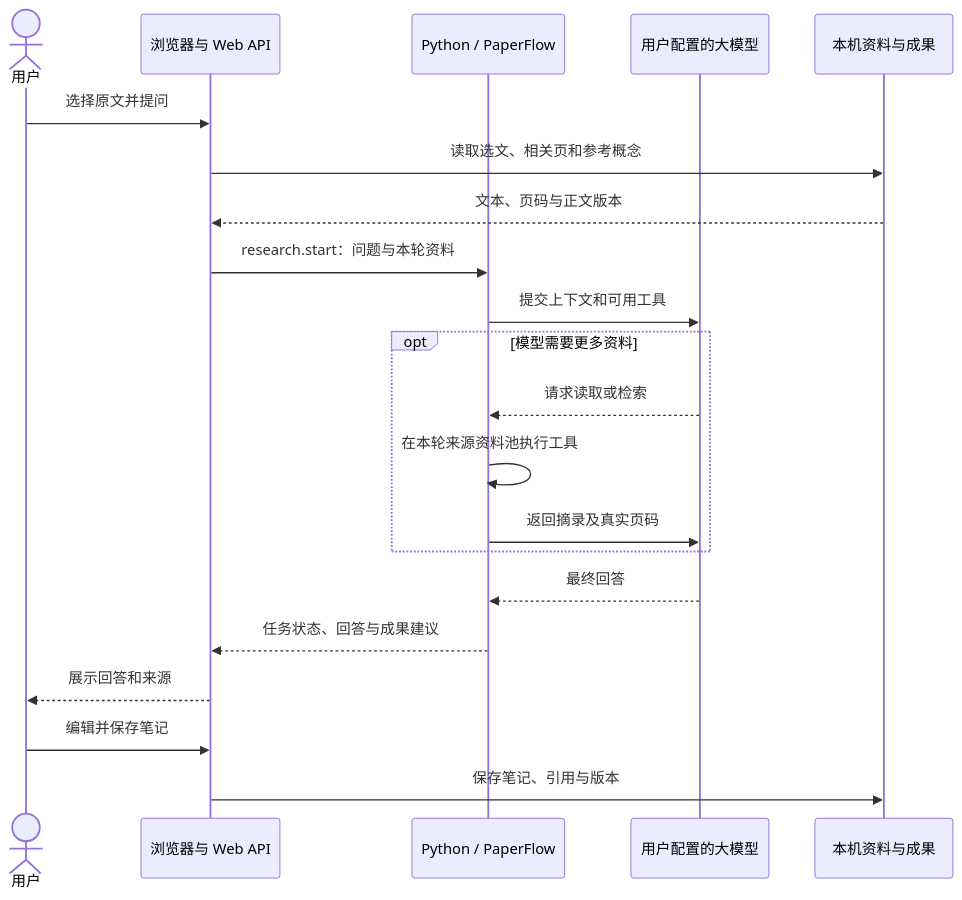
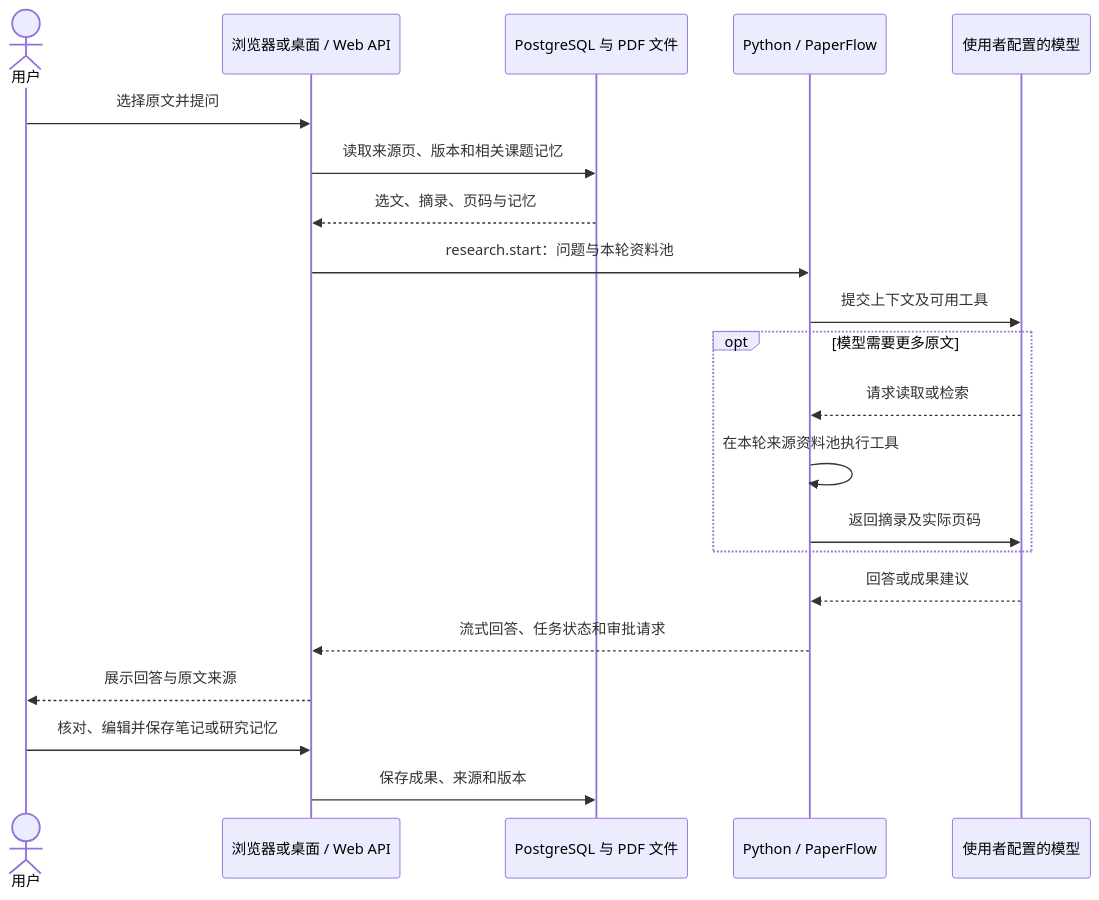
One commit to Muhaymenul/openhai changed the second of 2 diagrams in docs/software/architecture.md. Above: the diagram before and after it, drawn with Mermaid. The commit also changed other lines of this file and 223 other files, not shown here.

````diff
--- a/docs/software/architecture.md
+++ b/docs/software/architecture.md
@@ -127,24 +131,23 @@
 ```mermaid
 sequenceDiagram
     actor U as 用户
-    participant W as 浏览器与 Web API
+    participant W as 浏览器或桌面 / Web API
+    participant D as PostgreSQL 与 PDF 文件
     participant A as Python / PaperFlow
-    participant M as 用户配置的大模型
-    participant D as 本机资料与成果
-
+    participant M as 使用者配置的模型
     U->>W: 选择原文并提问
-    W->>D: 读取选文、相关页和参考概念
-    D-->>W: 文本、页码与正文版本
-    W->>A: research.start：问题与本轮资料
-    A->>M: 提交上下文和可用工具
-    opt 模型需要更多资料
+    W->>D: 读取来源页、版本和相关课题记忆
+    D-->>W: 选文、摘录、页码与记忆
+    W->>A: research.start：问题与本轮资料池
+    A->>M: 提交上下文及可用工具
+    opt 模型需要更多原文
         M-->>A: 请求读取或检索
         A->>A: 在本轮来源资料池执行工具
-        A->>M: 返回摘录及真实页码
+        A->>M: 返回摘录及实际页码
     end
-    M-->>A: 最终回答
-    A-->>W: 任务状态、回答与成果建议
-    W-->>U: 展示回答和来源
-    U->>W: 编辑并保存笔记
-    W->>D: 保存笔记、引用与版本
+    M-->>A: 回答或成果建议
+    A-->>W: 流式回答、任务状态和审批请求
+    W-->>U: 展示回答与原文来源
+    U->>W: 核对、编辑并保存笔记或研究记忆
+    W->>D: 保存成果、来源和版本
 ```
````
